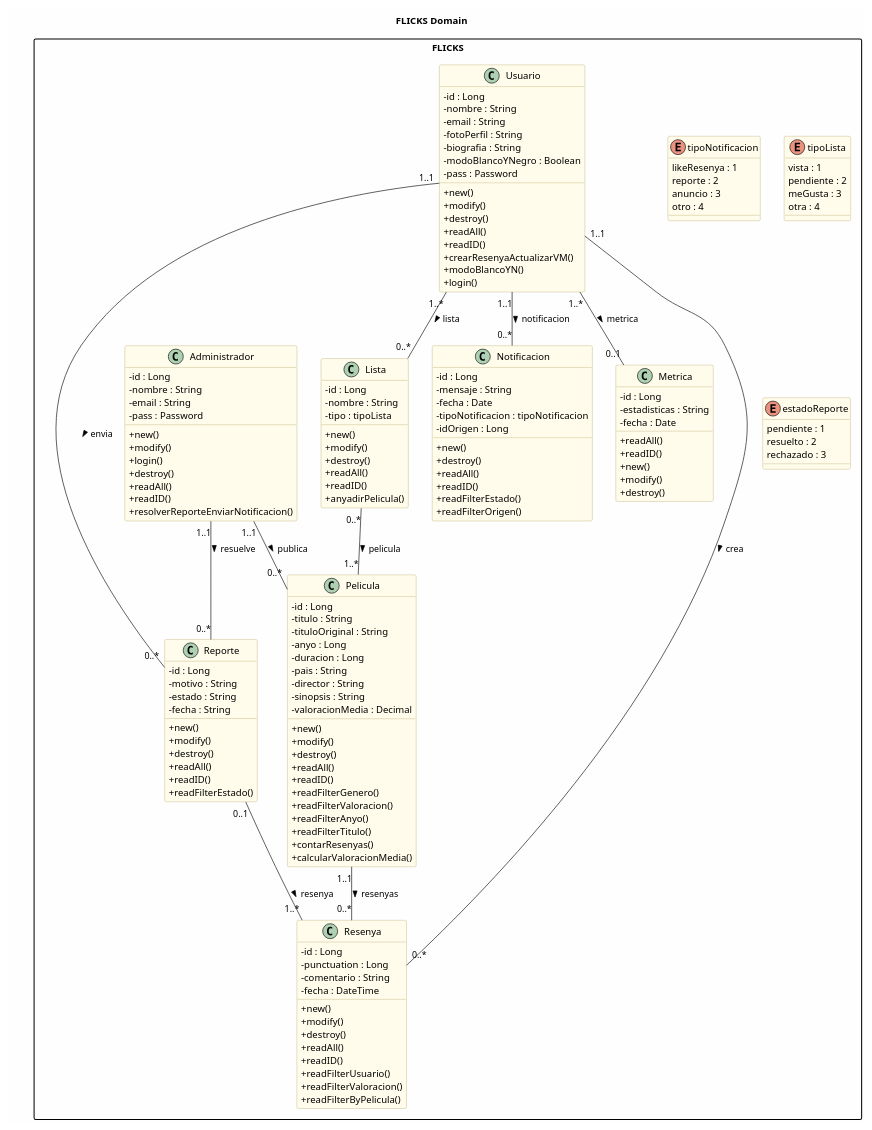
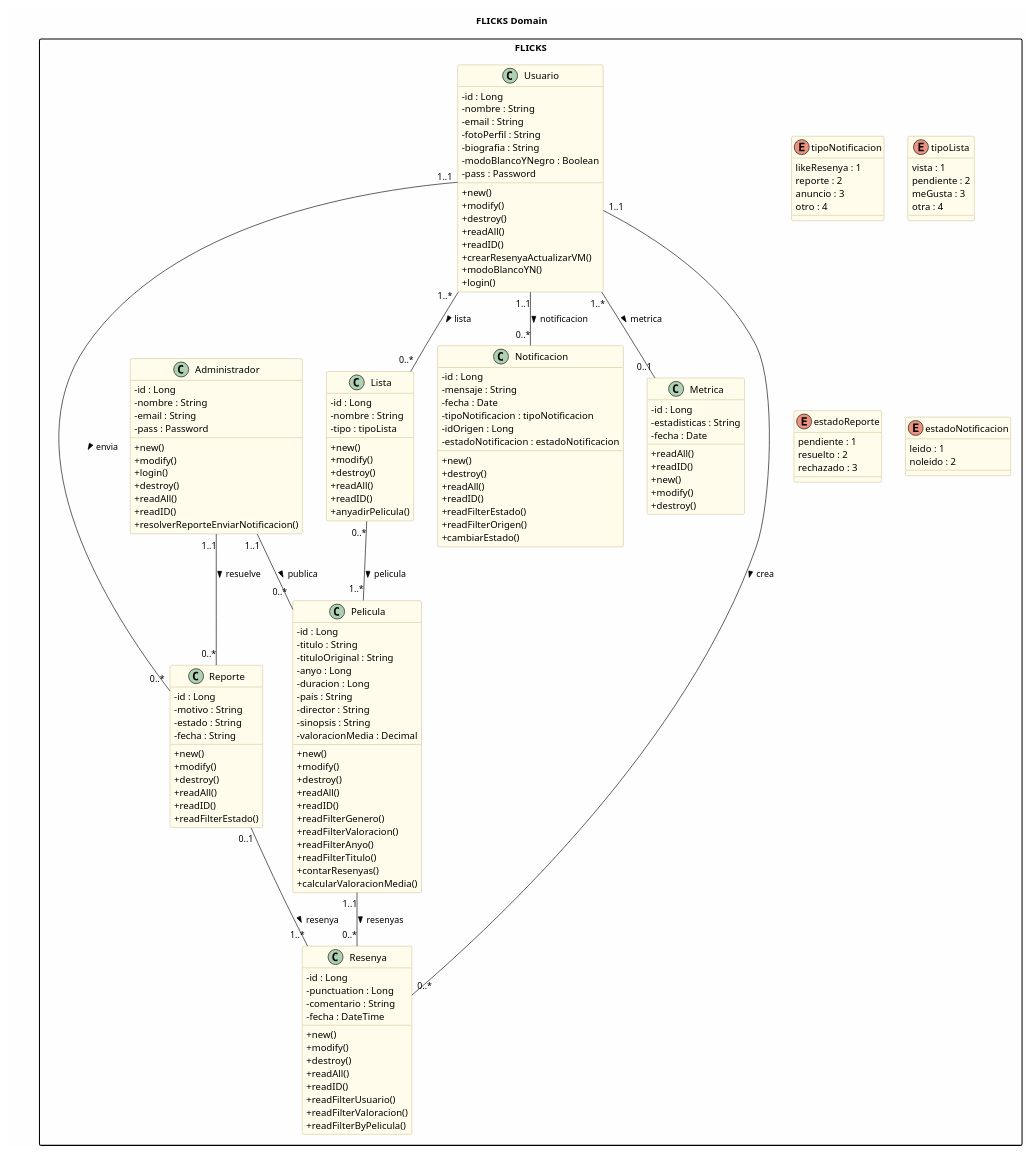
The diagram in new.puml (Knres/dsm_llm), drawn with PlantUML before and after one commit.

Commit message:
new.puml + enum y estadoNotificaion

```diff
--- a/new.puml
+++ b/new.puml
@@ -1,190 +1,197 @@
 @startuml
 
 title FLICKS Domain
 ' ===============================================================
 ' === HECHO POR:
 ' === Qinrui Chen
 ' === Noelia Almeida Ibányez
 ' === Sebastián Ayala García
 ' === Sandra Moya del Amo
 ' ===============================================================
 
 skinparam packageStyle rectangle
 skinparam classAttributeIconSize 0
 skinparam backgroundColor #FEFEFE
 skinparam class {
   BackgroundColor #FFFCEB
   BorderColor #B0A060
 }
 
 skinparam enum {
   BackgroundColor #a9ff93ff
   BorderColor #000000
 }
 
 ' Los id Long de las clases  son Autogenerated en OOH4RIA 
 
 package "FLICKS" {
   ' ========================================
   ' ENUMS
   ' ========================================
   enum tipoNotificacion {
     likeResenya : 1
     reporte : 2
     anuncio : 3
     otro : 4
   }
 
   enum tipoLista {
     vista : 1
     pendiente : 2
     meGusta : 3
     otra : 4
   }
 
   enum estadoReporte {
     pendiente : 1
     resuelto : 2
     rechazado : 3
+  }
+
+  enum estadoNotificacion {
+    leido : 1
+    noleido : 2
   }
 
   ' ========================================
   ' CLASES
   ' ========================================
 
   class Usuario {
     - id : Long
     - nombre : String
     - email : String
     - fotoPerfil : String
     - biografia : String
     - modoBlancoYNegro : Boolean
     - pass : Password
     + new()
     + modify()
     + destroy()
     + readAll()
     + readID()
     + crearResenyaActualizarVM()
     + modoBlancoYN()
     + login()
   }
 
   class Administrador {
     - id : Long
     - nombre : String
     - email : String
     - pass : Password
     + new()
     + modify()
     + login()
     + destroy()
     + readAll()
     + readID()
     + resolverReporteEnviarNotificacion()
   }
 
   class Pelicula {
     - id : Long
     - titulo : String
     - tituloOriginal : String
     - anyo : Long
     - duracion : Long
     - pais : String
     - director : String
     - sinopsis : String
     - valoracionMedia : Decimal
     + new()
     + modify()
     + destroy()
     + readAll()
     + readID()
     + readFilterGenero()
     + readFilterValoracion()
     + readFilterAnyo()
     + readFilterTitulo()
     + contarResenyas()
     + calcularValoracionMedia()
   }
 
   class Resenya {
     - id : Long
     - punctuation : Long
     - comentario : String
     - fecha : DateTime
     + new()
     + modify()
     + destroy()
     + readAll()
     + readID()
     + readFilterUsuario()
     + readFilterValoracion()
     + readFilterByPelicula()
   }
 
   class Lista {
     - id : Long
     - nombre : String
     - tipo : tipoLista
     + new()
     + modify()
     + destroy()
     + readAll()
     + readID()
     + anyadirPelicula()
   }
 
   class Reporte {
     - id : Long
     - motivo : String
     - estado : String
     - fecha : String
     + new()
     + modify()
     + destroy()
     + readAll()
     + readID()
     + readFilterEstado()
   }
 
   class Notificacion {
     - id : Long
     - mensaje : String
     - fecha : Date
     - tipoNotificacion : tipoNotificacion
     - idOrigen : Long
+    - estadoNotificacion : estadoNotificacion
     + new()
     + destroy()
     + readAll()
     + readID()
     + readFilterEstado()
     + readFilterOrigen()
+    + cambiarEstado()
   }
 
   class Metrica {
     - id : Long
     - estadisticas : String
     - fecha : Date
     + readAll()
     + readID()
     + new()
     + modify()
     + destroy()
   }
 
   ' ========================================
   ' RELACIONES
   ' ========================================
 
   Usuario "1..1" -- "0..*" Resenya : crea >
   Usuario "1..*" -- "0..*" Lista : lista >
   Usuario "1..1" -- "0..*" Reporte : envia >
   Usuario "1..1" -- "0..*" Notificacion : notificacion >
   Usuario "1..*" -- "0..1" Metrica : metrica >
   Administrador "1..1" -- "0..*" Pelicula : publica >
   Administrador "1..1" -- "0..*" Reporte : resuelve >
   Lista "0..*" -- "1..*" Pelicula : pelicula >
   Reporte "0..1" -- "1..*" Resenya : resenya >
   Pelicula "1..1" -- "0..*" Resenya : resenyas >
 }
 @enduml
```
